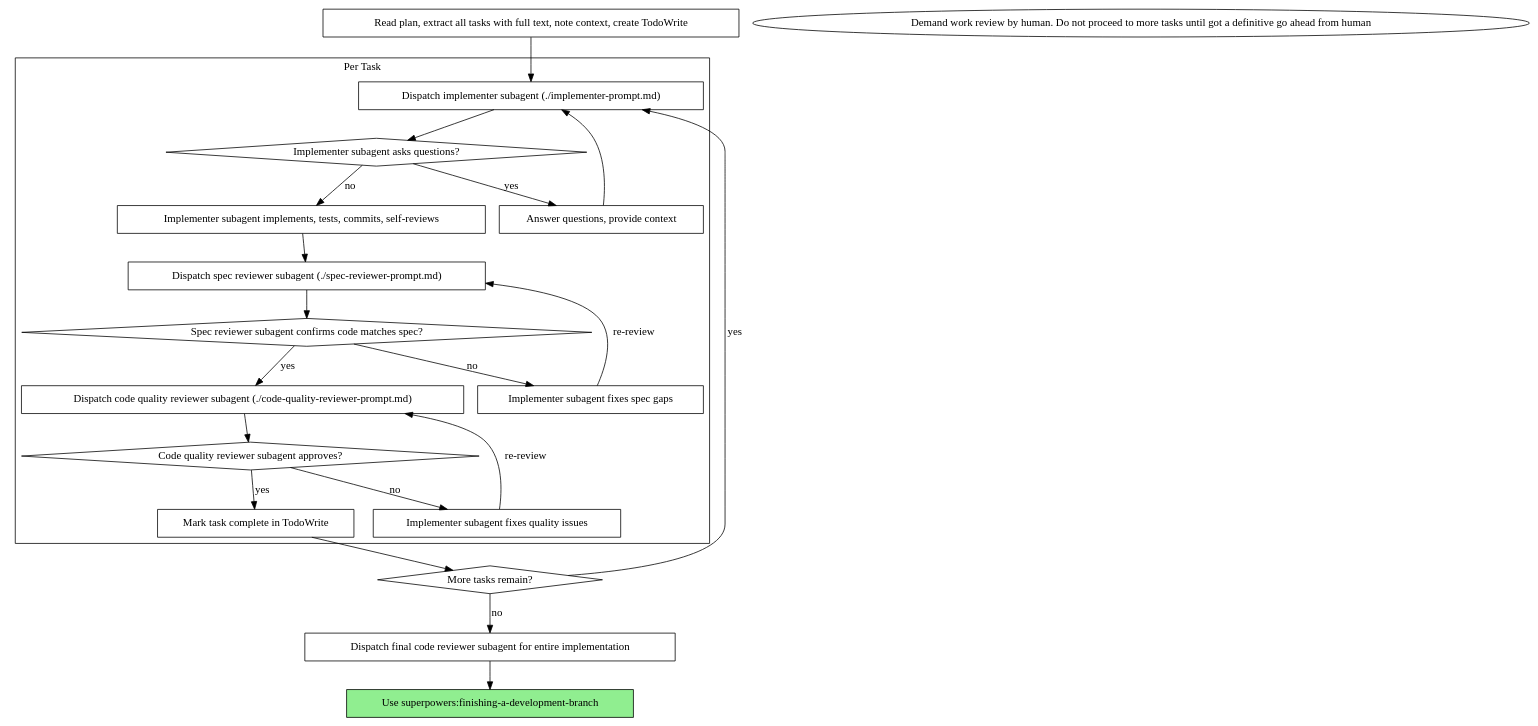
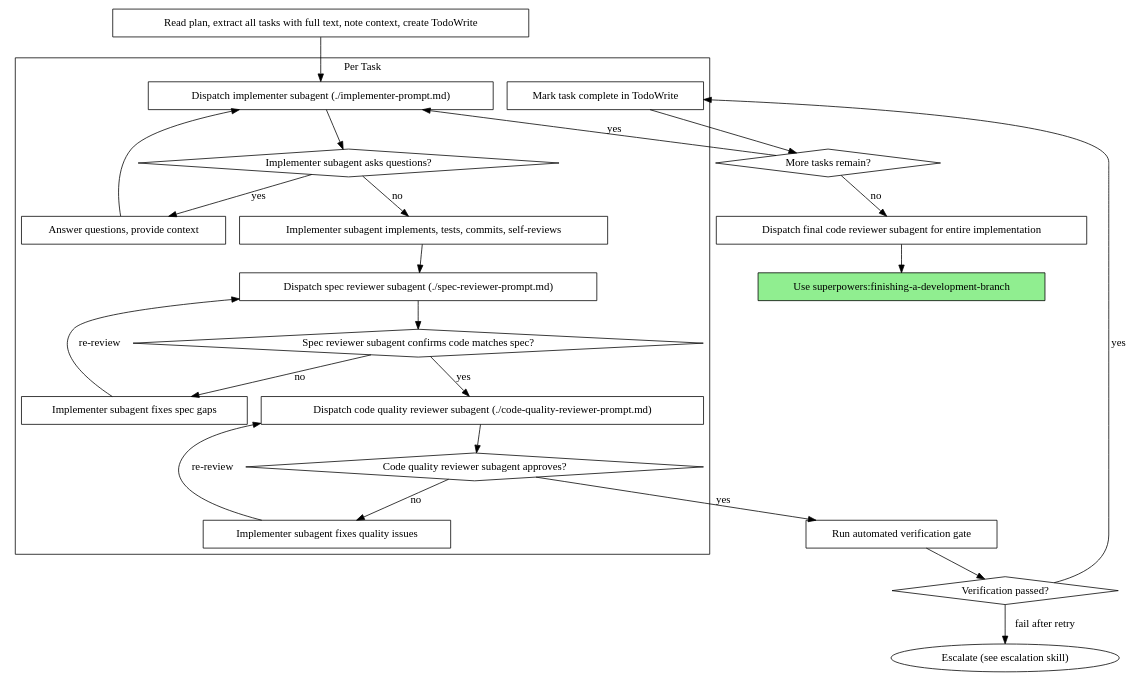
The second of 2 diagrams in skills/subagent-driven-development/SKILL.md (opcheese/superpowers), drawn with Graphviz before and after one commit. The commit also changed other lines of this file and 18 other files, not shown here.

````diff
--- a/skills/subagent-driven-development/SKILL.md
+++ b/skills/subagent-driven-development/SKILL.md
@@ -42,45 +42,49 @@
 ```dot
 digraph process {
     rankdir=TB;
 
     subgraph cluster_per_task {
         label="Per Task";
         "Dispatch implementer subagent (./implementer-prompt.md)" [shape=box];
         "Implementer subagent asks questions?" [shape=diamond];
         "Answer questions, provide context" [shape=box];
         "Implementer subagent implements, tests, commits, self-reviews" [shape=box];
         "Dispatch spec reviewer subagent (./spec-reviewer-prompt.md)" [shape=box];
         "Spec reviewer subagent confirms code matches spec?" [shape=diamond];
         "Implementer subagent fixes spec gaps" [shape=box];
         "Dispatch code quality reviewer subagent (./code-quality-reviewer-prompt.md)" [shape=box];
         "Code quality reviewer subagent approves?" [shape=diamond];
         "Implementer subagent fixes quality issues" [shape=box];
         "Mark task complete in TodoWrite" [shape=box];
     }
 
     "Read plan, extract all tasks with full text, note context, create TodoWrite" [shape=box];
     "More tasks remain?" [shape=diamond];
     "Dispatch final code reviewer subagent for entire implementation" [shape=box];
     "Use superpowers:finishing-a-development-branch" [shape=box style=filled fillcolor=lightgreen];
 
     "Read plan, extract all tasks with full text, note context, create TodoWrite" -> "Dispatch implementer subagent (./implementer-prompt.md)";
     "Dispatch implementer subagent (./implementer-prompt.md)" -> "Implementer subagent asks questions?";
     "Implementer subagent asks questions?" -> "Answer questions, provide context" [label="yes"];
     "Answer questions, provide context" -> "Dispatch implementer subagent (./implementer-prompt.md)";
     "Implementer subagent asks questions?" -> "Implementer subagent implements, tests, commits, self-reviews" [label="no"];
     "Implementer subagent implements, tests, commits, self-reviews" -> "Dispatch spec reviewer subagent (./spec-reviewer-prompt.md)";
     "Dispatch spec reviewer subagent (./spec-reviewer-prompt.md)" -> "Spec reviewer subagent confirms code matches spec?";
     "Spec reviewer subagent confirms code matches spec?" -> "Implementer subagent fixes spec gaps" [label="no"];
     "Implementer subagent fixes spec gaps" -> "Dispatch spec reviewer subagent (./spec-reviewer-prompt.md)" [label="re-review"];
     "Spec reviewer subagent confirms code matches spec?" -> "Dispatch code quality reviewer subagent (./code-quality-reviewer-prompt.md)" [label="yes"];
     "Dispatch code quality reviewer subagent (./code-quality-reviewer-prompt.md)" -> "Code quality reviewer subagent approves?";
     "Code quality reviewer subagent approves?" -> "Implementer subagent fixes quality issues" [label="no"];
     "Implementer subagent fixes quality issues" -> "Dispatch code quality reviewer subagent (./code-quality-reviewer-prompt.md)" [label="re-review"];
-    "Code quality reviewer subagent approves?" -> "Mark task complete in TodoWrite" [label="yes"];
-    "Demand work review by human. Do not proceed to more tasks until got a definitive go ahead from human"
+    "Code quality reviewer subagent approves?" -> "Run automated verification gate" [label="yes"];
+    "Run automated verification gate" [shape=box];
+    "Verification passed?" [shape=diamond];
+    "Run automated verification gate" -> "Verification passed?";
+    "Verification passed?" -> "Mark task complete in TodoWrite" [label="yes"];
+    "Verification passed?" -> "Escalate (see escalation skill)" [label="fail after retry"];
     "Mark task complete in TodoWrite" -> "More tasks remain?";
     "More tasks remain?" -> "Dispatch implementer subagent (./implementer-prompt.md)" [label="yes"];
     "More tasks remain?" -> "Dispatch final code reviewer subagent for entire implementation" [label="no"];
     "Dispatch final code reviewer subagent for entire implementation" -> "Use superpowers:finishing-a-development-branch";
 }
 ```
````
